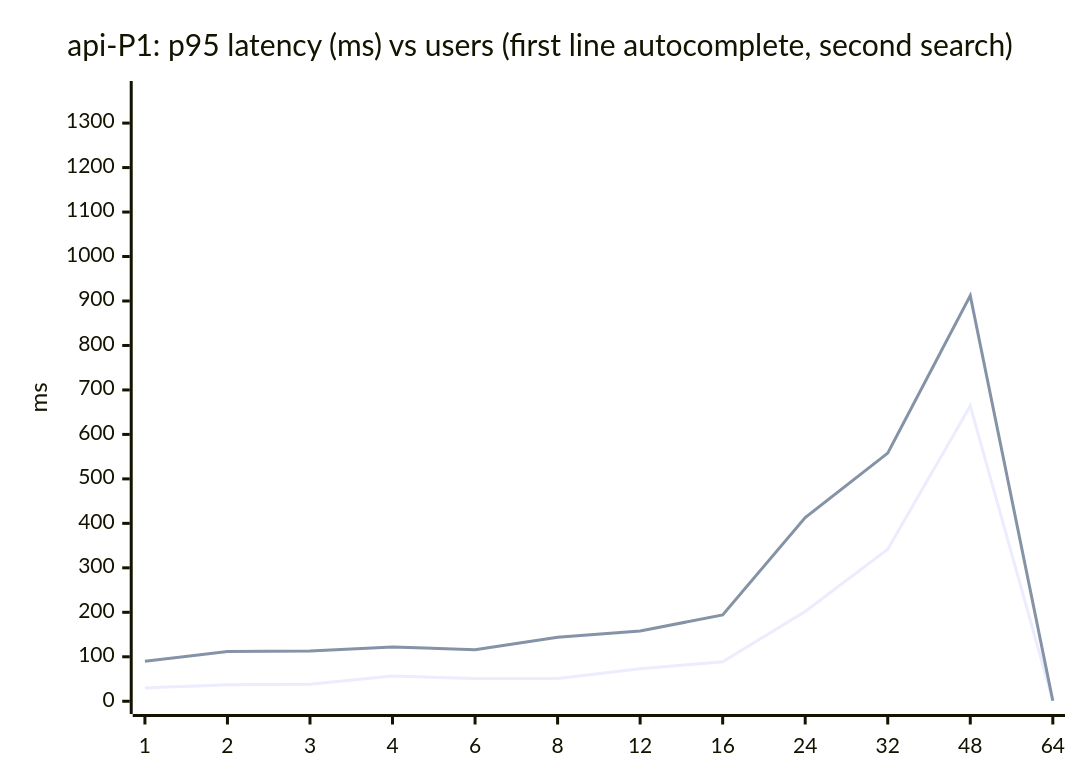
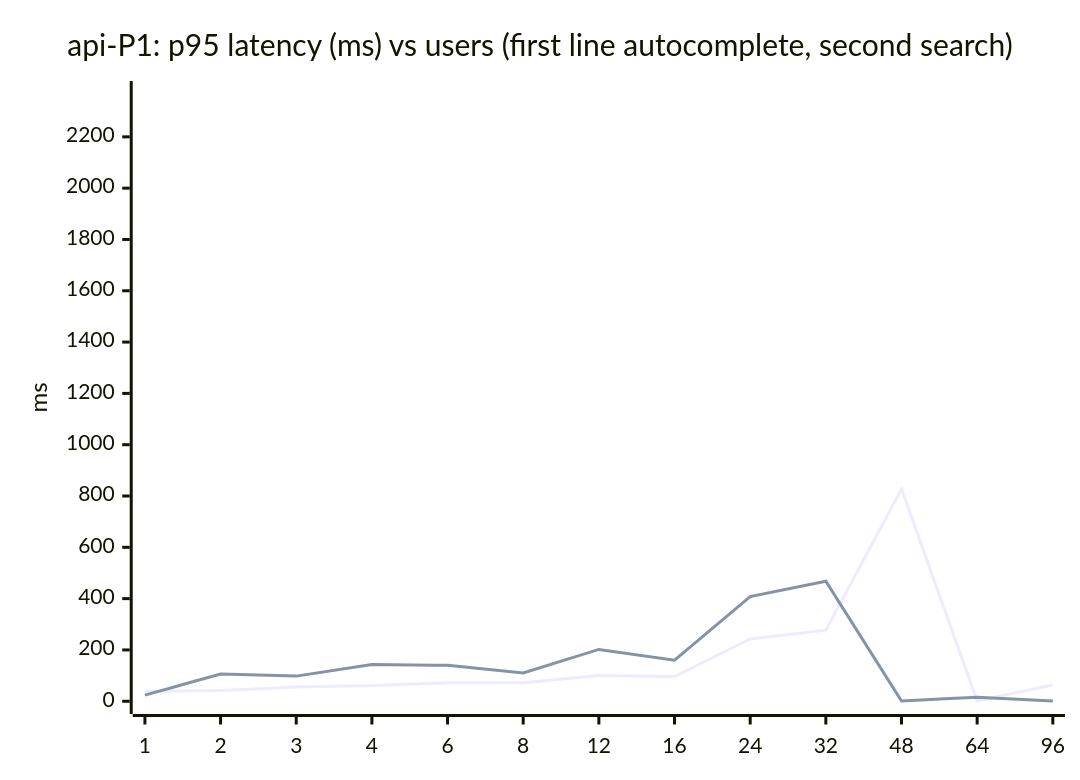
The second of 13 diagrams in docs/LOAD_TEST_RESULTS_PGEO.md (johnzastrow/pgeo), drawn with Mermaid before and after one commit. The commit also changed other lines of this file and 3 other files, not shown here.

````diff
--- a/docs/LOAD_TEST_RESULTS_PGEO.md
+++ b/docs/LOAD_TEST_RESULTS_PGEO.md
@@ -74,8 +66,8 @@
 ```mermaid
 xychart-beta
     title "api-P1: p95 latency (ms) vs users (first line autocomplete, second search)"
-    x-axis [1, 2, 3, 4, 6, 8, 12, 16, 24, 32, 48, 64]
-    y-axis "ms" 0 --> 1366
-    line [30, 37, 38, 57, 51, 51, 73, 89, 202, 342, 664, 1,124]
-    line [90, 112, 113, 122, 116, 144, 158, 194, 413, 558, 912, 1,242]
+    x-axis [1, 2, 3, 4, 6, 8, 12, 16, 24, 32, 48, 64, 96]
+    y-axis "ms" 0 --> 2368
+    line [39, 42, 56, 61, 72, 72, 100, 96, 243, 277, 827, 1,064, 2,022]
+    line [24, 106, 98, 143, 140, 110, 202, 160, 408, 468, 1,016, 1,235, 2,153]
 ```
````
